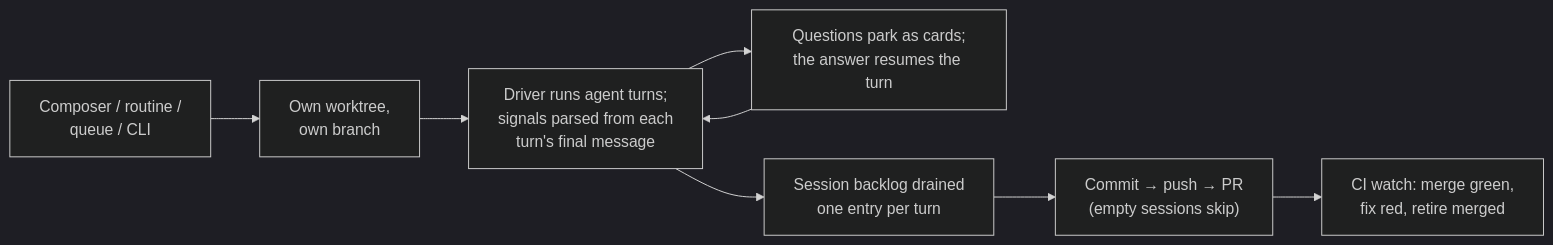
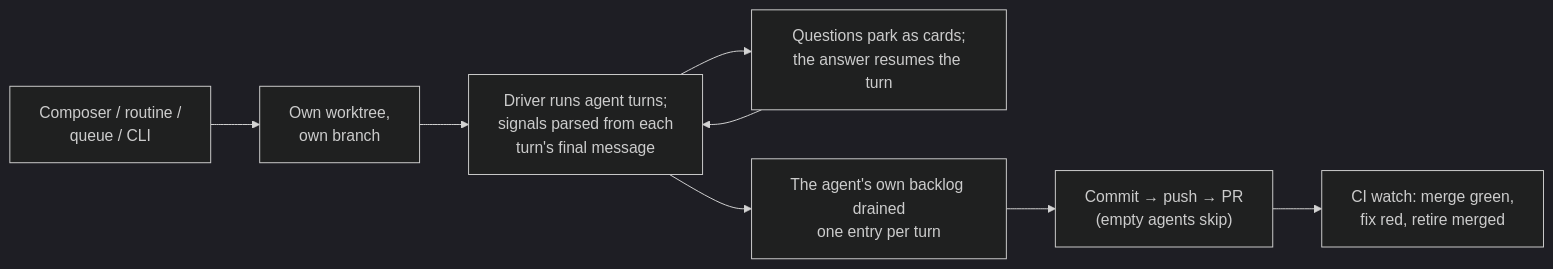
Before and after one commit to framework/the-framework: the diagram in packages/the-framework/src/SPEC.md, drawn with Mermaid (dark theme). The commit also changed other lines of this file and 2381 other files, not shown here.

````diff
--- a/packages/the-framework/src/SPEC.md
+++ b/packages/the-framework/src/SPEC.md
@@ -15,10 +15,10 @@
 ```mermaid
 flowchart LR
     Start["Composer / routine /<br/>queue / CLI"] --> WT["Own worktree,<br/>own branch"]
     WT --> Turns["Driver runs agent turns;<br/>signals parsed from each<br/>turn's final message"]
     Turns --> Gates["Questions park as cards;<br/>the answer resumes the turn"]
     Gates --> Turns
-    Turns --> Backlog["Session backlog drained<br/>one entry per turn"]
-    Backlog --> Handoff["Commit → push → PR<br/>(empty sessions skip)"]
+    Turns --> Backlog["The agent's own backlog drained<br/>one entry per turn"]
+    Backlog --> Handoff["Commit → push → PR<br/>(empty agents skip)"]
     Handoff --> Watch["CI watch: merge green,<br/>fix red, retire merged"]
 ```
````
